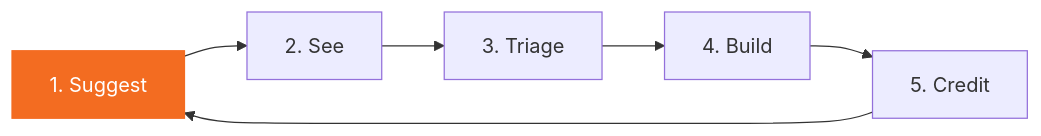
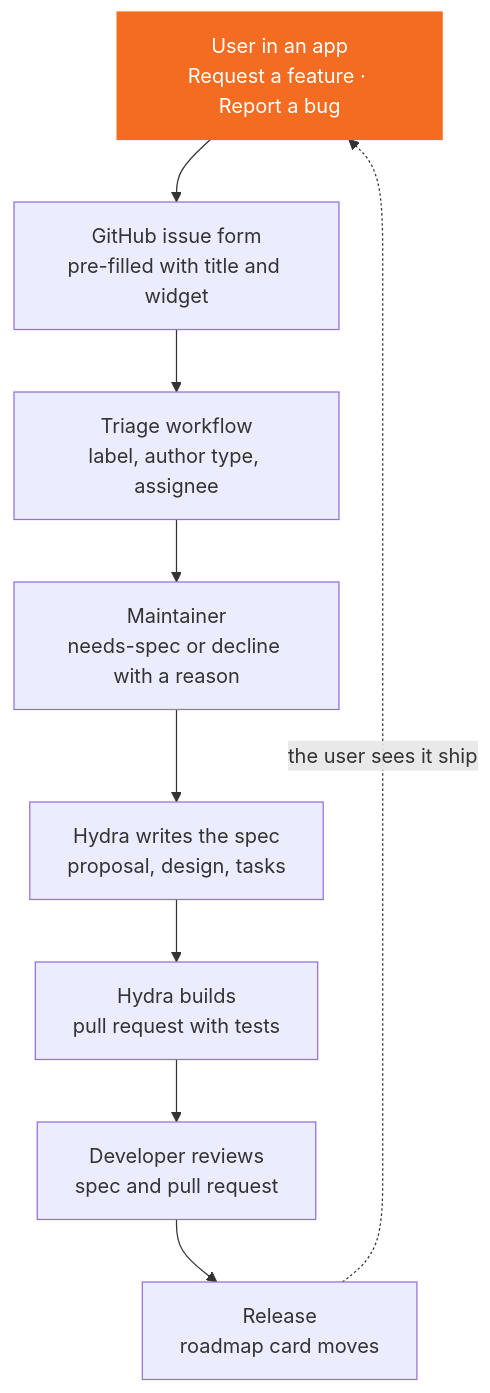
The diagram in docs/strategy/users-are-the-moat.md (ConductionNL/.github), drawn with Mermaid before and after one commit. The commit also changed other lines of this file and 13 other files, not shown here.

````diff
--- a/docs/strategy/users-are-the-moat.md
+++ b/docs/strategy/users-are-the-moat.md
@@ -37,10 +23,14 @@
 ```mermaid
-flowchart LR
-  A[1. Suggest]:::accent
-  B[2. See]
-  C[3. Triage]
-  D[4. Build]
-  E[5. Credit]
-  A --> B --> C --> D --> E --> A
+flowchart TD
+  A["User in an app<br/>Request a feature · Report a bug"]:::accent
+  B["GitHub issue form<br/>pre-filled with title and widget"]
+  C["Triage workflow<br/>label, author type, assignee"]
+  D["Maintainer<br/>needs-spec or decline with a reason"]
+  E["Hydra writes the spec<br/>proposal, design, tasks"]
+  G["Hydra builds<br/>pull request with tests"]
+  F["Developer reviews<br/>spec and pull request"]
+  H["Release<br/>roadmap card moves"]
+  A --> B --> C --> D --> E --> G --> F --> H
+  H -. "the user sees it ship" .-> A
   classDef accent fill:#F36C21,stroke:#F36C21,color:#fff;
 ```
````
